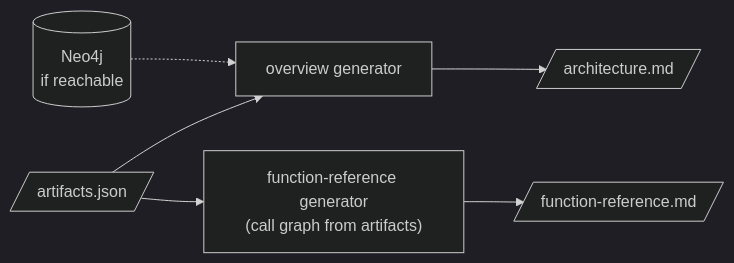
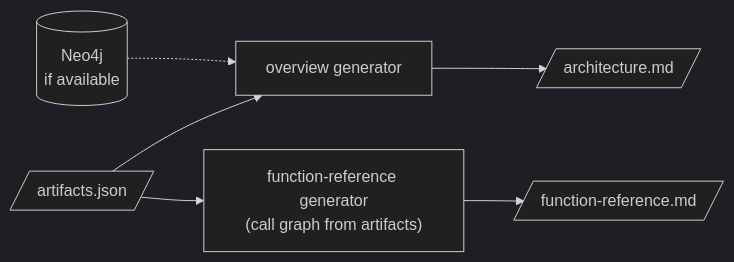
Before and after one commit to KrishnaAnnavaram/MARS: diagram 14 of 31 in README.md, drawn with Mermaid (dark theme). The commit also changed other lines of this file and 1 other file, not shown here.

````diff
--- a/README.md
+++ b/README.md
@@ -796,8 +829,8 @@
 ```mermaid
 flowchart LR
     AJ[/"artifacts.json"/] --> G1["overview generator"]
-    NEO[("Neo4j<br/>if reachable")] -.-> G1
+    NEO[("Neo4j<br/>if available")] -.-> G1
     AJ --> G2["function-reference generator<br/>(call graph from artifacts)"]
     G1 --> A[/"architecture.md"/]
     G2 --> F[/"function-reference.md"/]
 ```
````
